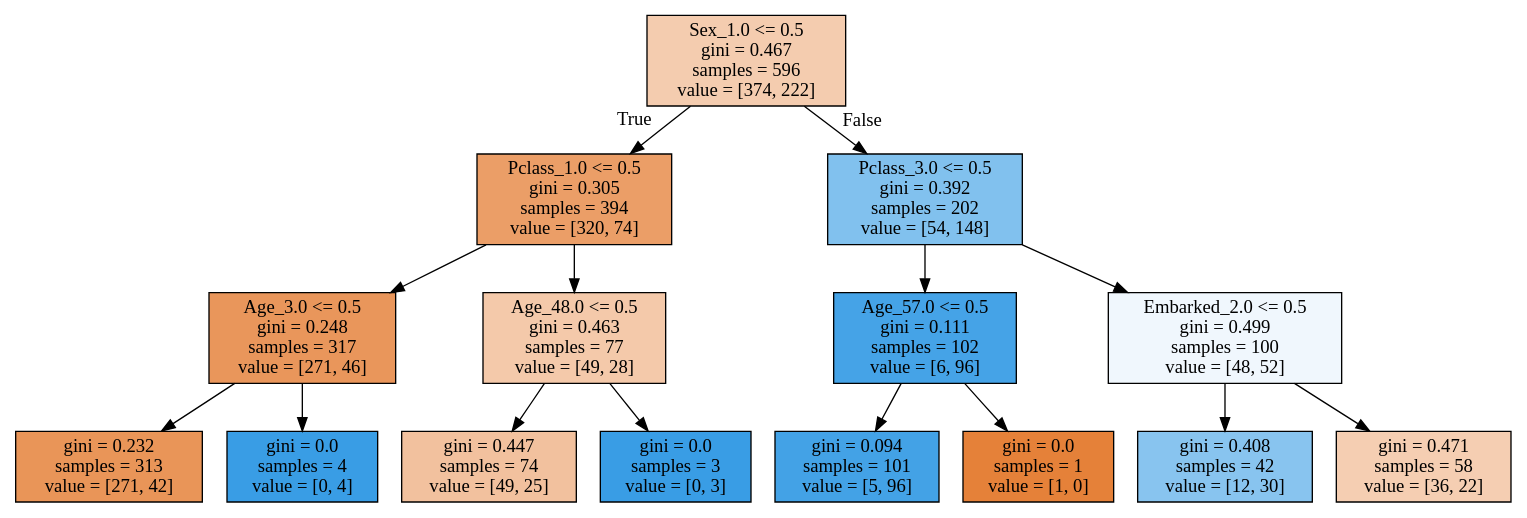
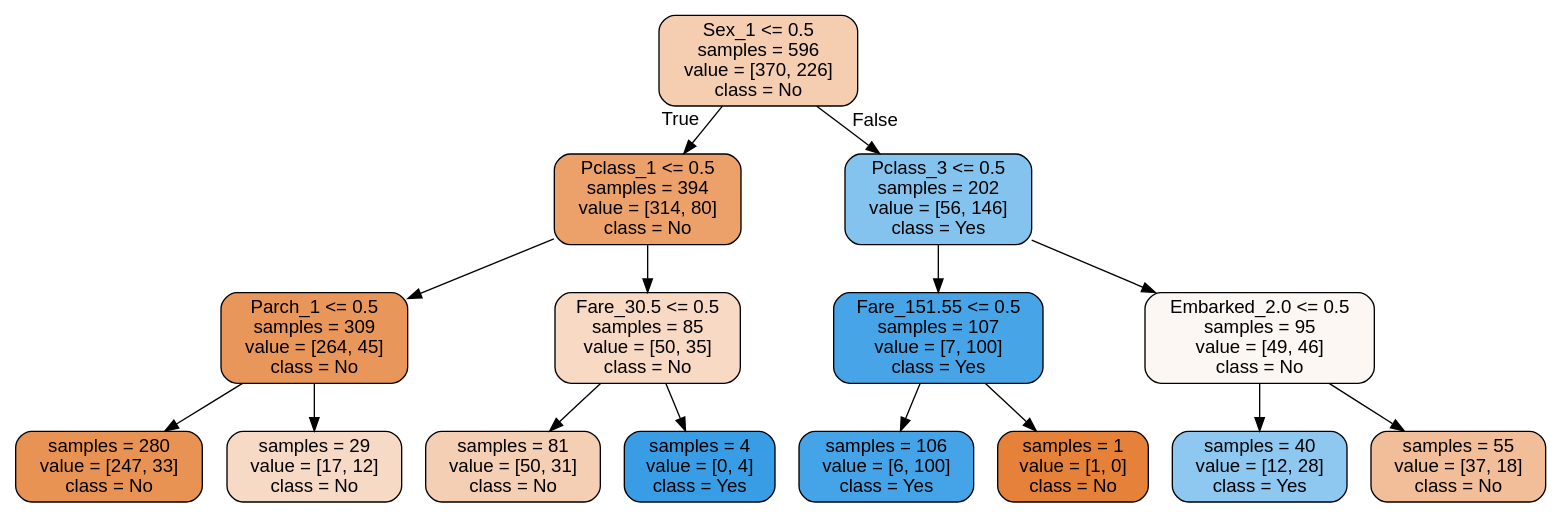
The diagram in Lezioni/out/titanic_file.dot (biancini/DataScience-HEP), drawn with Graphviz before and after one commit. The commit also changed 5 other files, not shown here.

```diff
--- a/Lezioni/out/titanic_file.dot
+++ b/Lezioni/out/titanic_file.dot
@@ -1,32 +1,33 @@
 digraph Tree {
-node [shape=box, style="filled", color="black"] ;
-0 [label="Sex_1.0 <= 0.5\ngini = 0.467\nsamples = 596\nvalue = [374, 222]", fillcolor="#f4ccaf"] ;
-1 [label="Pclass_1.0 <= 0.5\ngini = 0.305\nsamples = 394\nvalue = [320, 74]", fillcolor="#eb9e67"] ;
+node [shape=box, style="filled, rounded", color="black", fontname=helvetica] ;
+edge [fontname=helvetica] ;
+0 [label="Sex_1 <= 0.5\nsamples = 596\nvalue = [370, 226]\nclass = No", fillcolor="#f5ceb2"] ;
+1 [label="Pclass_1 <= 0.5\nsamples = 394\nvalue = [314, 80]\nclass = No", fillcolor="#eca16b"] ;
 0 -> 1 [labeldistance=2.5, labelangle=45, headlabel="True"] ;
-2 [label="Age_3.0 <= 0.5\ngini = 0.248\nsamples = 317\nvalue = [271, 46]", fillcolor="#e9965b"] ;
+2 [label="Parch_1 <= 0.5\nsamples = 309\nvalue = [264, 45]\nclass = No", fillcolor="#e9965b"] ;
 1 -> 2 ;
-3 [label="gini = 0.232\nsamples = 313\nvalue = [271, 42]", fillcolor="#e99558"] ;
+3 [label="samples = 280\nvalue = [247, 33]\nclass = No", fillcolor="#e89253"] ;
 2 -> 3 ;
-4 [label="gini = 0.0\nsamples = 4\nvalue = [0, 4]", fillcolor="#399de5"] ;
+4 [label="samples = 29\nvalue = [17, 12]\nclass = No", fillcolor="#f7dac5"] ;
 2 -> 4 ;
-5 [label="Age_48.0 <= 0.5\ngini = 0.463\nsamples = 77\nvalue = [49, 28]", fillcolor="#f4c9aa"] ;
+5 [label="Fare_30.5 <= 0.5\nsamples = 85\nvalue = [50, 35]\nclass = No", fillcolor="#f7d9c4"] ;
 1 -> 5 ;
-6 [label="gini = 0.447\nsamples = 74\nvalue = [49, 25]", fillcolor="#f2c19e"] ;
+6 [label="samples = 81\nvalue = [50, 31]\nclass = No", fillcolor="#f5cfb4"] ;
 5 -> 6 ;
-7 [label="gini = 0.0\nsamples = 3\nvalue = [0, 3]", fillcolor="#399de5"] ;
+7 [label="samples = 4\nvalue = [0, 4]\nclass = Yes", fillcolor="#399de5"] ;
 5 -> 7 ;
-8 [label="Pclass_3.0 <= 0.5\ngini = 0.392\nsamples = 202\nvalue = [54, 148]", fillcolor="#81c1ee"] ;
+8 [label="Pclass_3 <= 0.5\nsamples = 202\nvalue = [56, 146]\nclass = Yes", fillcolor="#85c3ef"] ;
 0 -> 8 [labeldistance=2.5, labelangle=-45, headlabel="False"] ;
-9 [label="Age_57.0 <= 0.5\ngini = 0.111\nsamples = 102\nvalue = [6, 96]", fillcolor="#45a3e7"] ;
+9 [label="Fare_151.55 <= 0.5\nsamples = 107\nvalue = [7, 100]\nclass = Yes", fillcolor="#47a4e7"] ;
 8 -> 9 ;
-10 [label="gini = 0.094\nsamples = 101\nvalue = [5, 96]", fillcolor="#43a2e6"] ;
+10 [label="samples = 106\nvalue = [6, 100]\nclass = Yes", fillcolor="#45a3e7"] ;
 9 -> 10 ;
-11 [label="gini = 0.0\nsamples = 1\nvalue = [1, 0]", fillcolor="#e58139"] ;
+11 [label="samples = 1\nvalue = [1, 0]\nclass = No", fillcolor="#e58139"] ;
 9 -> 11 ;
-12 [label="Embarked_2.0 <= 0.5\ngini = 0.499\nsamples = 100\nvalue = [48, 52]", fillcolor="#f0f7fd"] ;
+12 [label="Embarked_2.0 <= 0.5\nsamples = 95\nvalue = [49, 46]\nclass = No", fillcolor="#fdf7f3"] ;
 8 -> 12 ;
-13 [label="gini = 0.408\nsamples = 42\nvalue = [12, 30]", fillcolor="#88c4ef"] ;
+13 [label="samples = 40\nvalue = [12, 28]\nclass = Yes", fillcolor="#8ec7f0"] ;
 12 -> 13 ;
-14 [label="gini = 0.471\nsamples = 58\nvalue = [36, 22]", fillcolor="#f5ceb2"] ;
+14 [label="samples = 55\nvalue = [37, 18]\nclass = No", fillcolor="#f2be99"] ;
 12 -> 14 ;
 }
```
